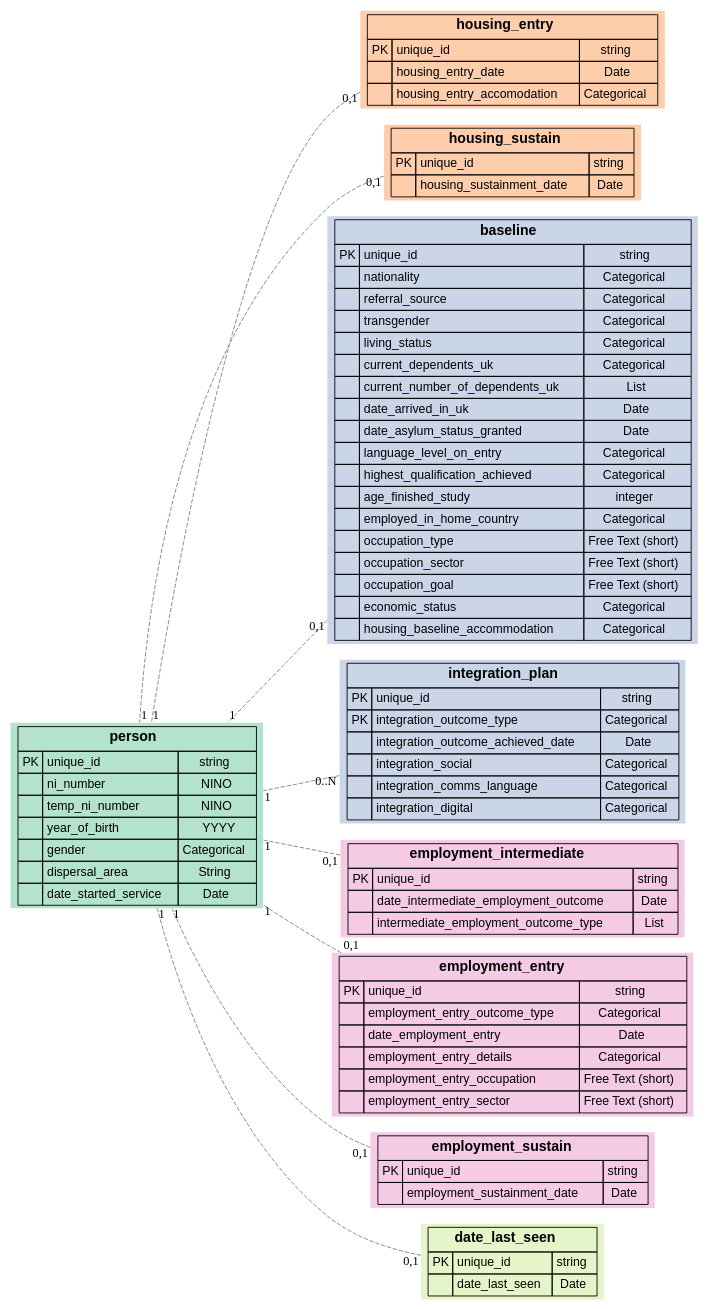
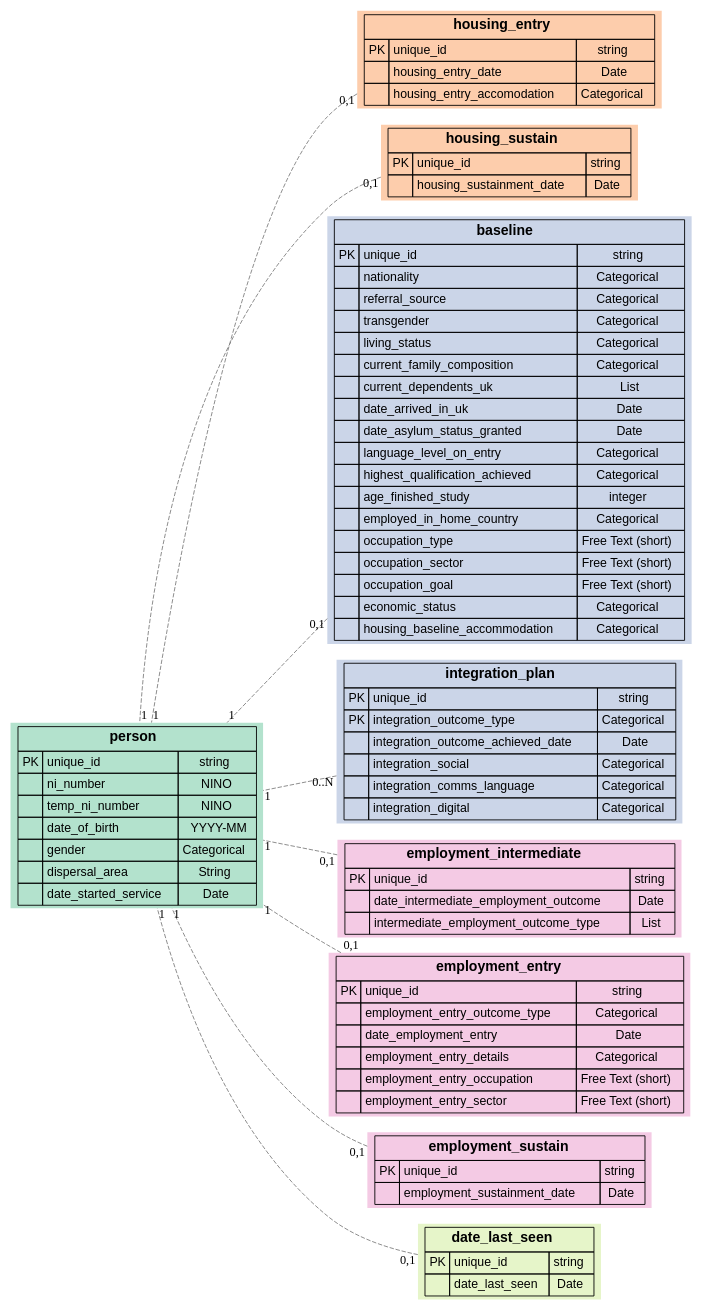
One commit to SocialFinanceDigitalLabs/RTOF-specification changed the diagram in assets/spec/record-relationships.dot. Above: the diagram before and after it, drawn with Graphviz. The commit also changed 21 other files, not shown here.

```diff
--- a/assets/spec/record-relationships.dot
+++ b/assets/spec/record-relationships.dot
@@ -33,8 +33,8 @@
         </TR>
         <TR>
             <TD></TD>
-            <TD ALIGN="LEFT">year_of_birth</TD>
-            <TD ALIGN="CENTER">YYYY</TD>
+            <TD ALIGN="LEFT">date_of_birth</TD>
+            <TD ALIGN="CENTER">YYYY-MM</TD>
         </TR>
         <TR>
             <TD></TD>
@@ -133,12 +133,12 @@
         </TR>
         <TR>
             <TD></TD>
-            <TD ALIGN="LEFT">current_dependents_uk</TD>
+            <TD ALIGN="LEFT">current_family_composition</TD>
             <TD ALIGN="CENTER">Categorical</TD>
         </TR>
         <TR>
             <TD></TD>
-            <TD ALIGN="LEFT">current_number_of_dependents_uk</TD>
+            <TD ALIGN="LEFT">current_dependents_uk</TD>
             <TD ALIGN="CENTER">List</TD>
         </TR>
         <TR>
```
